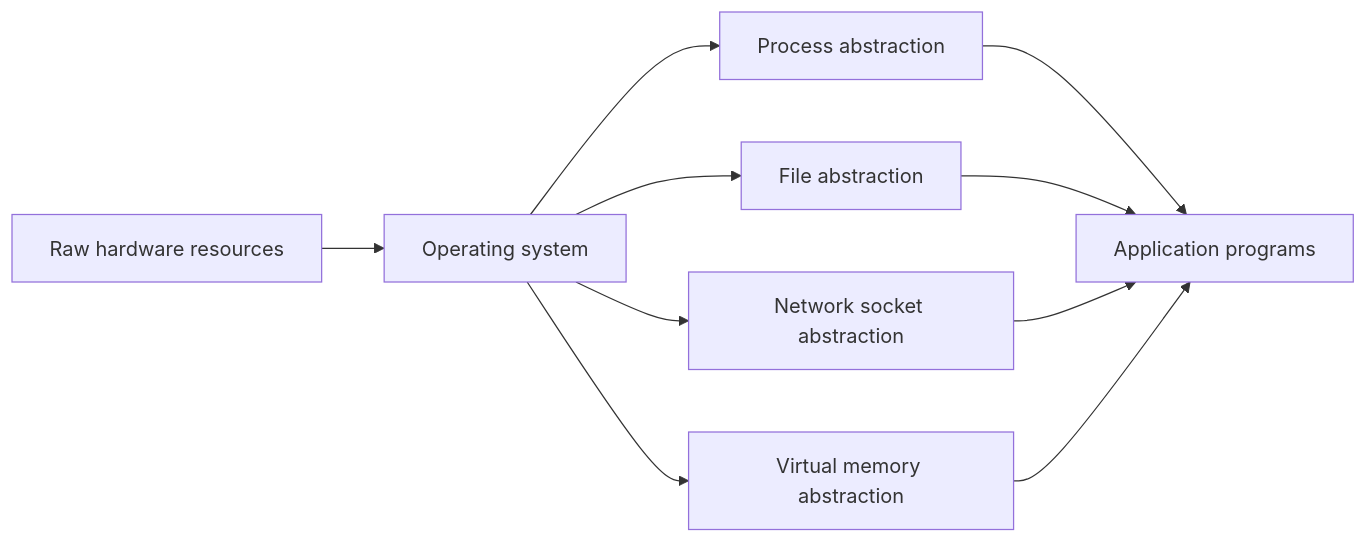
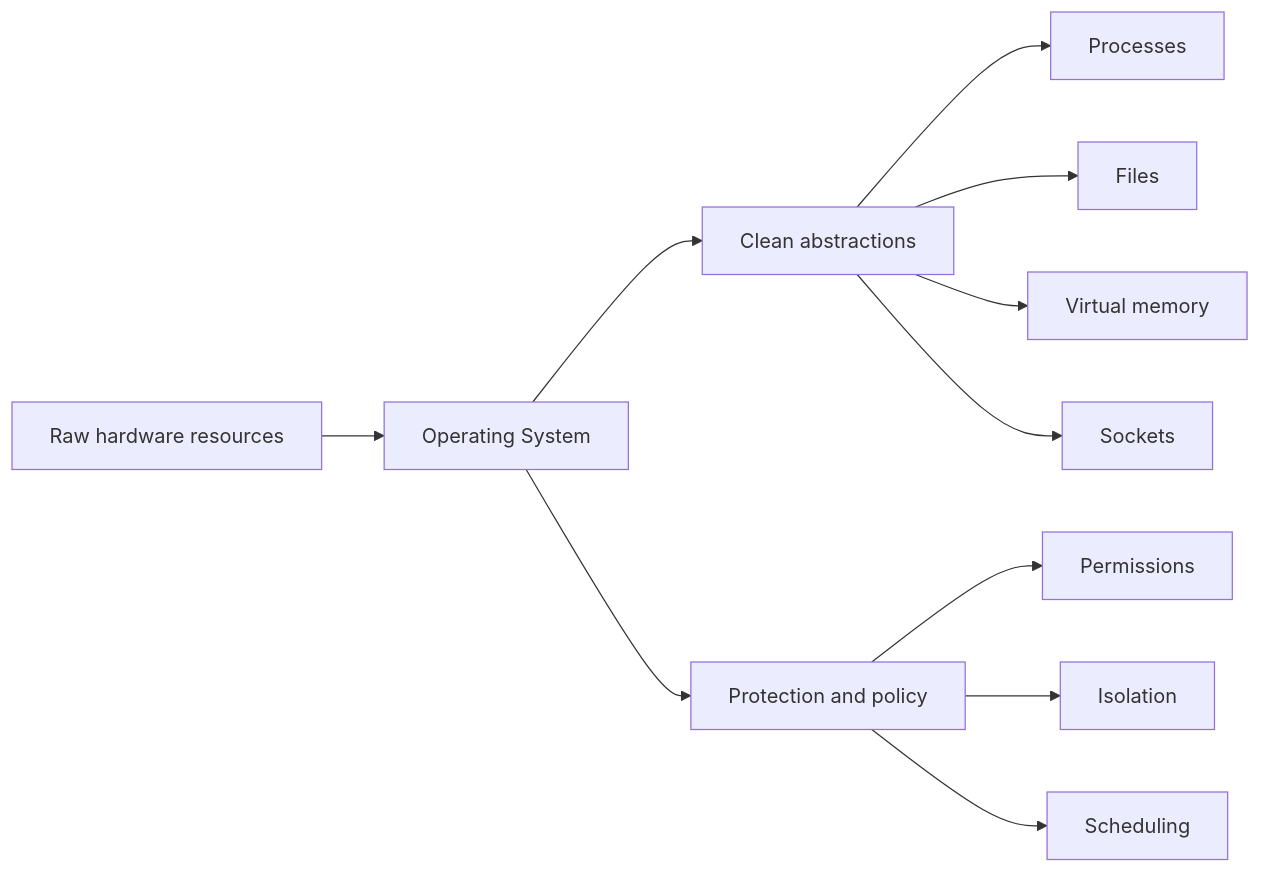
One commit to Harsh16Bhardwaj/learnOS changed the third of 3 diagrams in outputs/markdown/day-01-what-is-an-operating-system.md. Above: the diagram before and after it, drawn with Mermaid. The commit also changed other lines of this file and 131 other files, not shown here.

````diff
--- a/outputs/markdown/day-01-what-is-an-operating-system.md
+++ b/outputs/markdown/day-01-what-is-an-operating-system.md
@@ -133,12 +168,18 @@
 ```mermaid
 flowchart LR
-    Hardware[Raw hardware resources] --> OS[Operating system]
-    OS --> Process[Process abstraction]
-    OS --> File[File abstraction]
-    OS --> Socket[Network socket abstraction]
-    OS --> VirtualMemory[Virtual memory abstraction]
-    Process --> Programs[Application programs]
-    File --> Programs
-    Socket --> Programs
-    VirtualMemory --> Programs
+    Raw["Raw hardware resources"]
+    OS["Operating System"]
+    Abs["Clean abstractions"]
+    Safe["Protection and policy"]
+
+    Raw --> OS
+    OS --> Abs
+    OS --> Safe
+    Abs --> P["Processes"]
+    Abs --> F["Files"]
+    Abs --> VM["Virtual memory"]
+    Abs --> N["Sockets"]
+    Safe --> Perm["Permissions"]
+    Safe --> Iso["Isolation"]
+    Safe --> Sched["Scheduling"]
 ```
````
